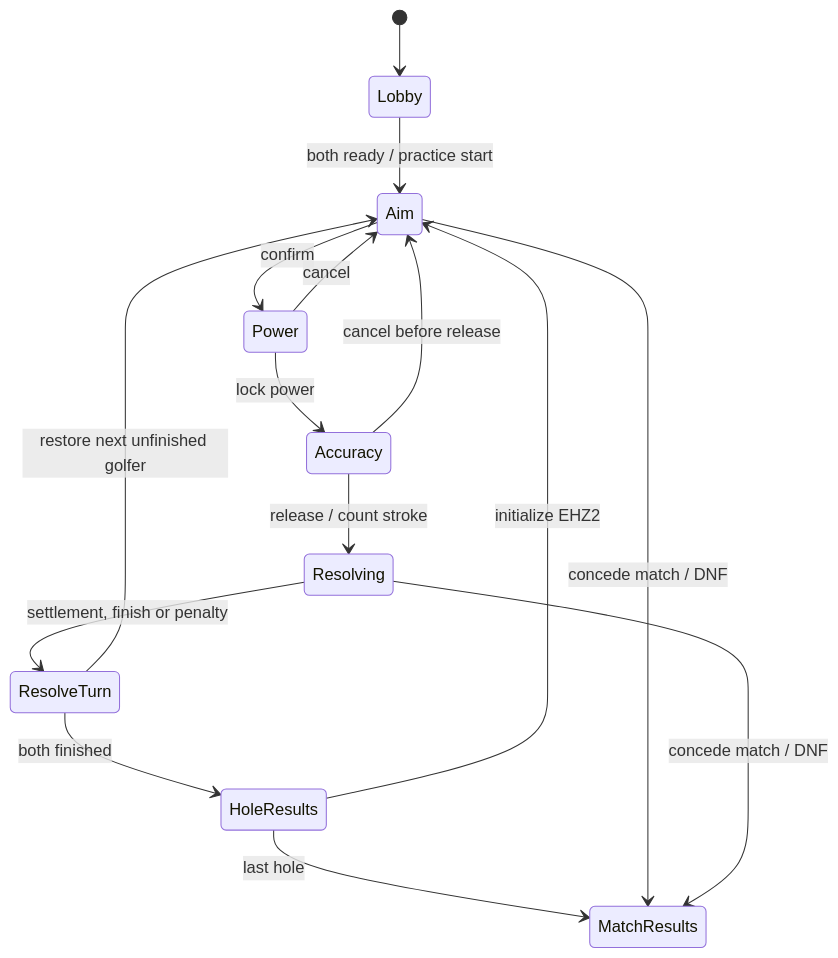
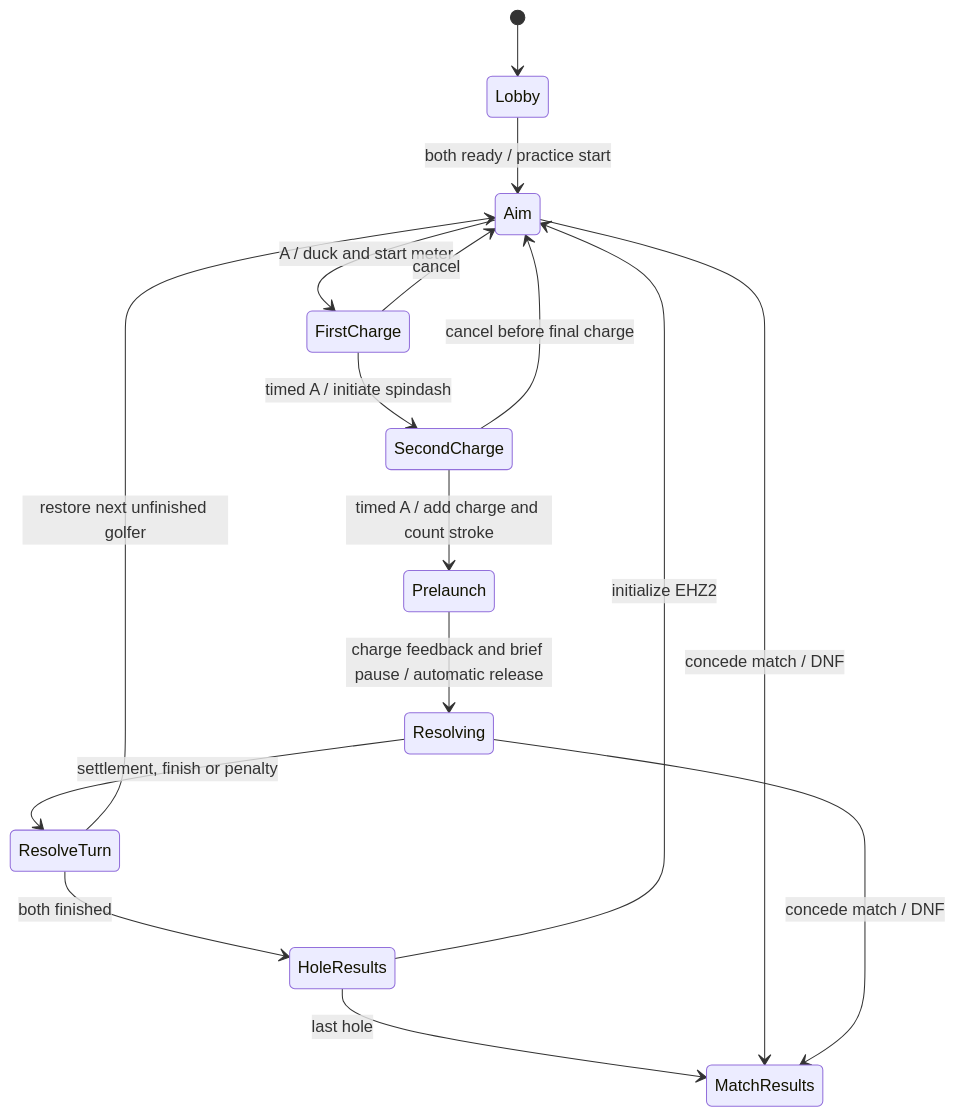
The diagram in docs/architecture/designs/2026-10-05-sonic-mini-golf.md (OpenGGF/OpenGGF), drawn with Mermaid before and after one commit. The commit also changed other lines of this file, not shown here.

First line of the commit message:
docs: refine Mini Golf controls and spindash charging

````diff
--- a/docs/architecture/designs/2026-10-05-sonic-mini-golf.md
+++ b/docs/architecture/designs/2026-10-05-sonic-mini-golf.md
@@ -189,17 +217,18 @@
 ```mermaid
 stateDiagram-v2
     [*] --> Lobby
     Lobby --> Aim: both ready / practice start
-    Aim --> Power: confirm
-    Power --> Accuracy: lock power
-    Power --> Aim: cancel
-    Accuracy --> Aim: cancel before release
-    Accuracy --> Resolving: release / count stroke
+    Aim --> FirstCharge: A / duck and start meter
+    FirstCharge --> SecondCharge: timed A / initiate spindash
+    FirstCharge --> Aim: cancel
+    SecondCharge --> Aim: cancel before final charge
+    SecondCharge --> Prelaunch: timed A / add charge and count stroke
+    Prelaunch --> Resolving: charge feedback and brief pause / automatic release
     Resolving --> ResolveTurn: settlement, finish or penalty
     ResolveTurn --> Aim: restore next unfinished golfer
     ResolveTurn --> HoleResults: both finished
     HoleResults --> Aim: initialize EHZ2
     HoleResults --> MatchResults: last hole
     Aim --> MatchResults: concede match / DNF
     Resolving --> MatchResults: concede match / DNF
 ```
````
